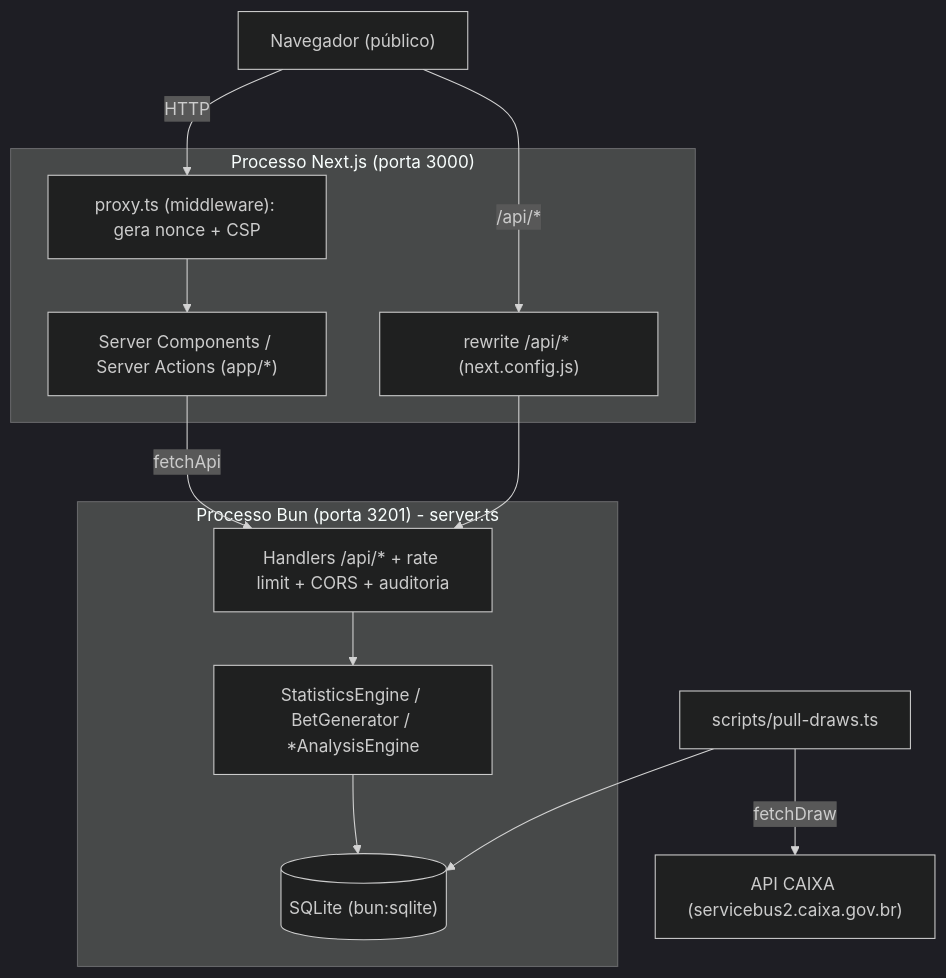
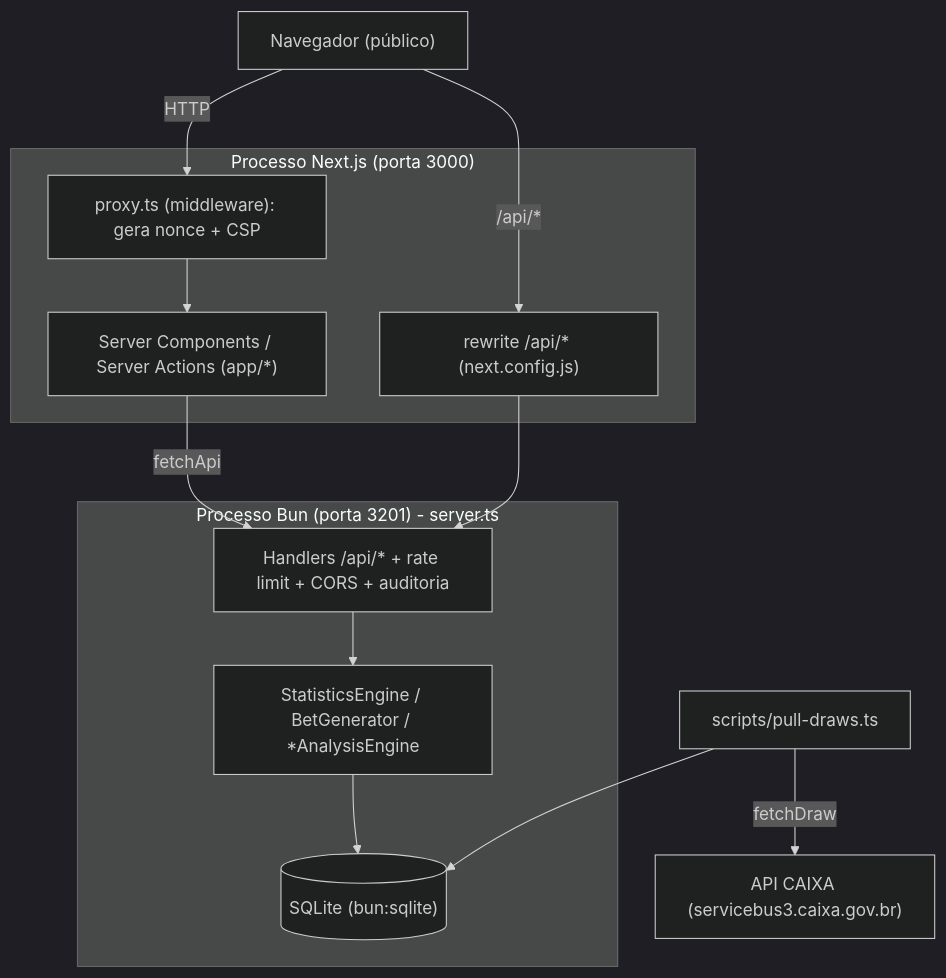
One commit to mneves75/megasena-analyser-webapp changed the first of 2 diagrams in docs/learn/01-system-overview.md. Above: the diagram before and after it, drawn with Mermaid (dark theme). The commit also changed 10 other files, not shown here.

````diff
--- a/docs/learn/01-system-overview.md
+++ b/docs/learn/01-system-overview.md
@@ -66,23 +66,23 @@
 ```mermaid
 graph TD
   Browser["Navegador (público)"]
   subgraph NextProc["Processo Next.js (porta 3000)"]
     MW["proxy.ts (middleware): gera nonce + CSP"]
     RSC["Server Components / Server Actions (app/*)"]
     RW["rewrite /api/* (next.config.js)"]
   end
   subgraph BunProc["Processo Bun (porta 3201) - server.ts"]
     API["Handlers /api/* + rate limit + CORS + auditoria"]
     ENG["StatisticsEngine / BetGenerator / *AnalysisEngine"]
     DB[("SQLite (bun:sqlite)")]
   end
-  CAIXA["API CAIXA (servicebus2.caixa.gov.br)"]
+  CAIXA["API CAIXA (servicebus3.caixa.gov.br)"]
   PULL["scripts/pull-draws.ts"]
 
   Browser -->|HTTP| MW --> RSC
   RSC -->|fetchApi| API
   Browser -->|/api/*| RW --> API
   API --> ENG --> DB
   PULL -->|fetchDraw| CAIXA
   PULL --> DB
 ```
````
